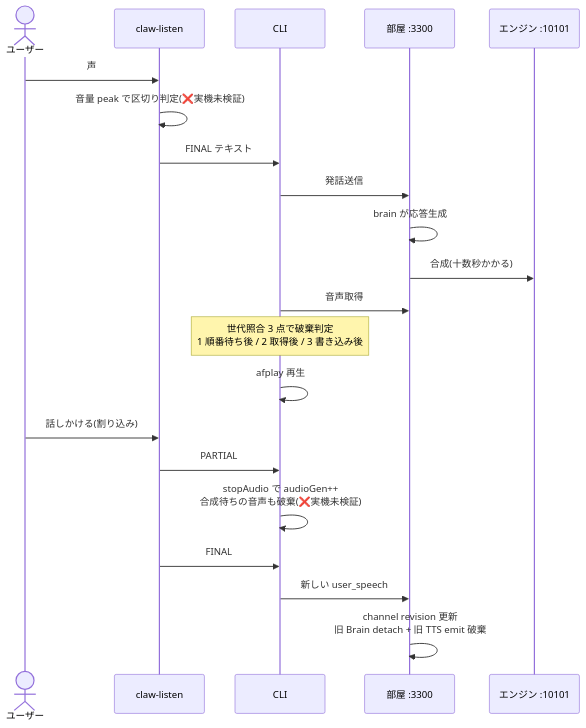
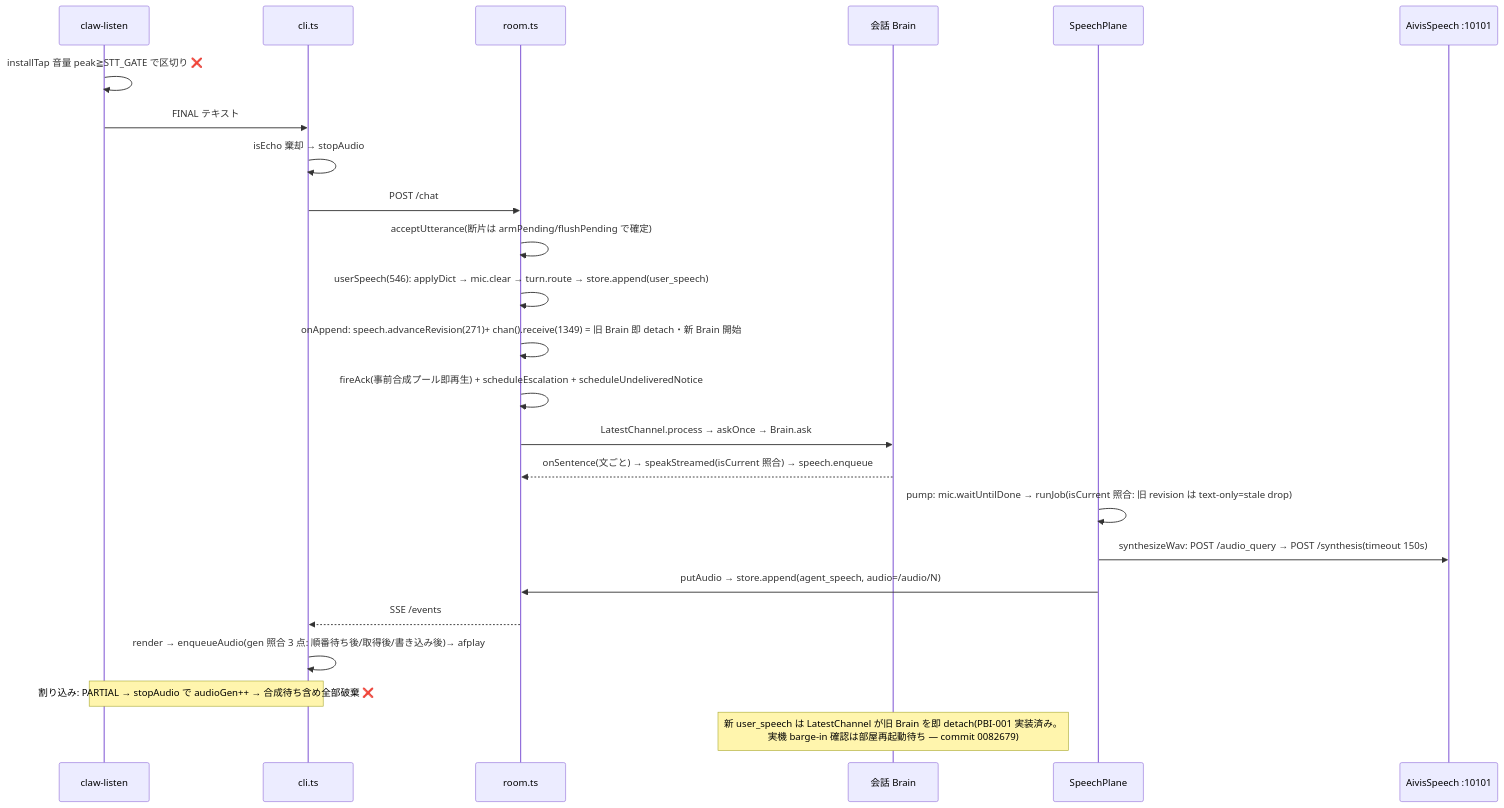
One commit to shibu003/talkingclaw changed the fourth of 10 diagrams in docs/diagrams.md. Above: the diagram before and after it, drawn with Mermaid. The commit also changed other lines of this file and 58 other files, not shown here.

````diff
--- a/docs/diagrams.md
+++ b/docs/diagrams.md
@@ -68,23 +211,26 @@
 ```mermaid
 sequenceDiagram
-  actor U as ユーザー
   participant L as claw-listen
-  participant C as CLI
-  participant R as 部屋 :3300
-  participant T as エンジン :10101
-  U->>L: 声
-  L->>L: 音量 peak で区切り判定(❌実機未検証)
+  participant C as cli.ts
+  participant R as room.ts
+  participant K as 会話 Brain
+  participant S as SpeechPlane
+  participant T as AivisSpeech :10101
+  L->>L: installTap 音量 peak≧STT_GATE で区切り ❌
   L->>C: FINAL テキスト
-  C->>R: 発話送信
-  R->>R: brain が応答生成
-  R->>T: 合成(十数秒かかる)
-  C->>R: 音声取得
-  Note over C: 世代照合 3 点で破棄判定<br>1 順番待ち後 / 2 取得後 / 3 書き込み後
-  C->>C: afplay 再生
-  U->>L: 話しかける(割り込み)
-  L->>C: PARTIAL
-  C->>C: stopAudio で audioGen++<br>合成待ちの音声も破棄(❌実機未検証)
-  L->>C: FINAL
-  C->>R: 新しい user_speech
-  R->>R: channel revision 更新<br>旧 Brain detach + 旧 TTS emit 破棄
+  C->>C: isEcho 棄却 → stopAudio
+  C->>R: POST /chat
+  R->>R: acceptUtterance(断片は armPending/flushPending で確定)
+  R->>R: userSpeech(546): applyDict → mic.clear → turn.route → store.append(user_speech)
+  R->>R: onAppend: speech.advanceRevision(271)+ chan().receive(1349) = 旧 Brain 即 detach・新 Brain 開始
+  R->>R: fireAck(事前合成プール即再生) + scheduleEscalation + scheduleUndeliveredNotice
+  R->>K: LatestChannel.process → askOnce → Brain.ask
+  K-->>R: onSentence(文ごと) → speakStreamed(isCurrent 照合) → speech.enqueue
+  S->>S: pump: mic.waitUntilDone → runJob(isCurrent 照合: 旧 revision は text-only=stale drop)
+  S->>T: synthesizeWav: POST /audio_query → POST /synthesis(timeout 150s)
+  S->>R: putAudio → store.append(agent_speech, audio=/audio/N)
+  R-->>C: SSE /events
+  C->>C: render → enqueueAudio(gen 照合 3 点: 順番待ち後/取得後/書き込み後)→ afplay
+  Note over L,C: 割り込み: PARTIAL → stopAudio で audioGen++ → 合成待ち含め全部破棄 ❌
+  Note over K: 新 user_speech は LatestChannel が旧 Brain を即 detach(PBI-001 実装済み。<br>実機 barge-in 確認は部屋再起動待ち — commit 0082679)
 ```
````
